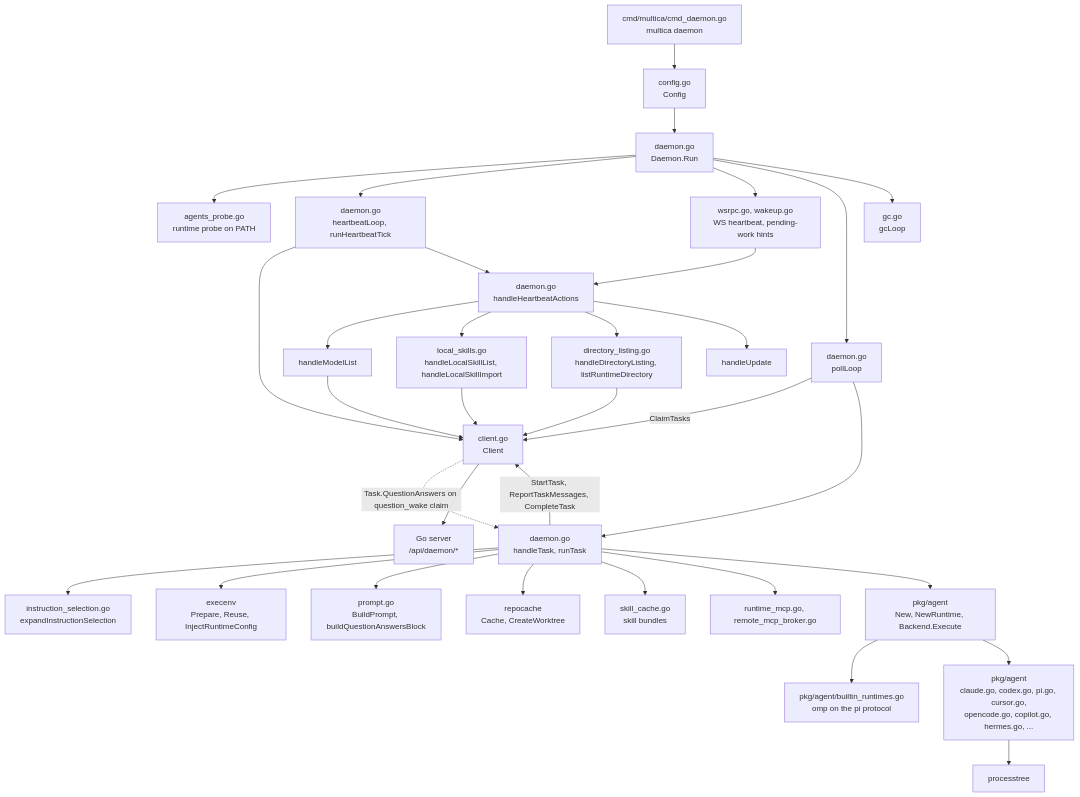
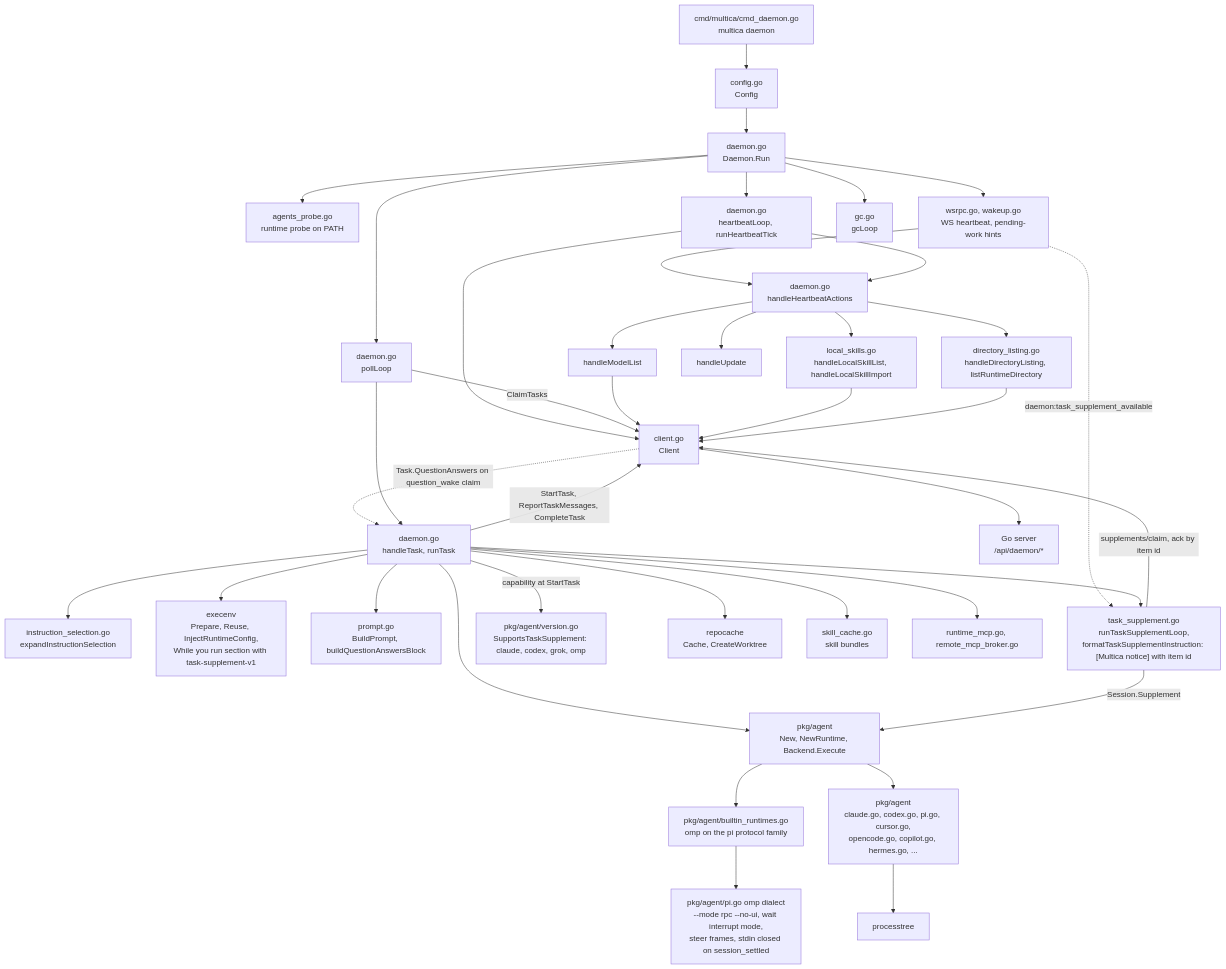
One commit to appboypov/multica changed the third of 7 diagrams in specs/docs/system-design.md. Above: the diagram before and after it, drawn with Mermaid. The commit also changed other lines of this file and 2 other files, not shown here.

````diff
--- a/specs/docs/system-design.md
+++ b/specs/docs/system-design.md
@@ -172,61 +189,70 @@
 ```mermaid
 flowchart TB
   cmd["cmd/multica/cmd_daemon.go<br/>multica daemon"]
   config["config.go<br/>Config"]
   run["daemon.go<br/>Daemon.Run"]
   probe["agents_probe.go<br/>runtime probe on PATH"]
   client["client.go<br/>Client"]
   hb["daemon.go<br/>heartbeatLoop, runHeartbeatTick"]
   ws["wsrpc.go, wakeup.go<br/>WS heartbeat, pending-work hints"]
   actions["daemon.go<br/>handleHeartbeatActions"]
   models["handleModelList"]
   localskills["local_skills.go<br/>handleLocalSkillList, handleLocalSkillImport"]
   dirlist["directory_listing.go<br/>handleDirectoryListing, listRuntimeDirectory"]
   selection["instruction_selection.go<br/>expandInstructionSelection"]
   update["handleUpdate"]
   poll["daemon.go<br/>pollLoop"]
   task["daemon.go<br/>handleTask, runTask"]
-  execenv["execenv<br/>Prepare, Reuse, InjectRuntimeConfig"]
+  execenv["execenv<br/>Prepare, Reuse, InjectRuntimeConfig,<br/>While you run section with task-supplement-v1"]
   prompt["prompt.go<br/>BuildPrompt, buildQuestionAnswersBlock"]
+  supp["task_supplement.go<br/>runTaskSupplementLoop,<br/>formatTaskSupplementInstruction: [Multica notice] with item id"]
+  version["pkg/agent/version.go<br/>SupportsTaskSupplement: claude, codex, grok, omp"]
   repocache["repocache<br/>Cache, CreateWorktree"]
   skillcache["skill_cache.go<br/>skill bundles"]
   mcp["runtime_mcp.go, remote_mcp_broker.go"]
   agentpkg["pkg/agent<br/>New, NewRuntime, Backend.Execute"]
-  builtin["pkg/agent/builtin_runtimes.go<br/>omp on the pi protocol"]
+  builtin["pkg/agent/builtin_runtimes.go<br/>omp on the pi protocol family"]
+  omprpc["pkg/agent/pi.go omp dialect<br/>--mode rpc --no-ui, wait interrupt mode,<br/>steer frames, stdin closed on session_settled"]
   backends["pkg/agent<br/>claude.go, codex.go, pi.go, cursor.go,<br/>opencode.go, copilot.go, hermes.go, ..."]
   procs["processtree"]
   gc["gc.go<br/>gcLoop"]
   server["Go server<br/>/api/daemon/*"]
 
   cmd --> config --> run
   run --> probe
   run --> hb
   run --> ws
   run --> poll
   run --> gc
   hb --> client
   ws --> actions
   hb --> actions
   actions --> models
   actions --> localskills
   actions --> dirlist
   actions --> update
   poll -->|"ClaimTasks"| client
   client -.->|"Task.QuestionAnswers on question_wake claim"| task
   poll --> task
   task --> selection
   task --> execenv
   task --> prompt
   task --> repocache
   task --> skillcache
   task --> mcp
   task --> agentpkg
   agentpkg --> builtin
   agentpkg --> backends
+  builtin --> omprpc
+  task -->|"capability at StartTask"| version
+  ws -.->|"daemon:task_supplement_available"| supp
+  task --> supp
+  supp -->|"supplements/claim, ack by item id"| client
+  supp -->|"Session.Supplement"| agentpkg
   backends --> procs
   task -->|"StartTask, ReportTaskMessages, CompleteTask"| client
   models --> client
   localskills --> client
   dirlist --> client
   client --> server
 ```
````
